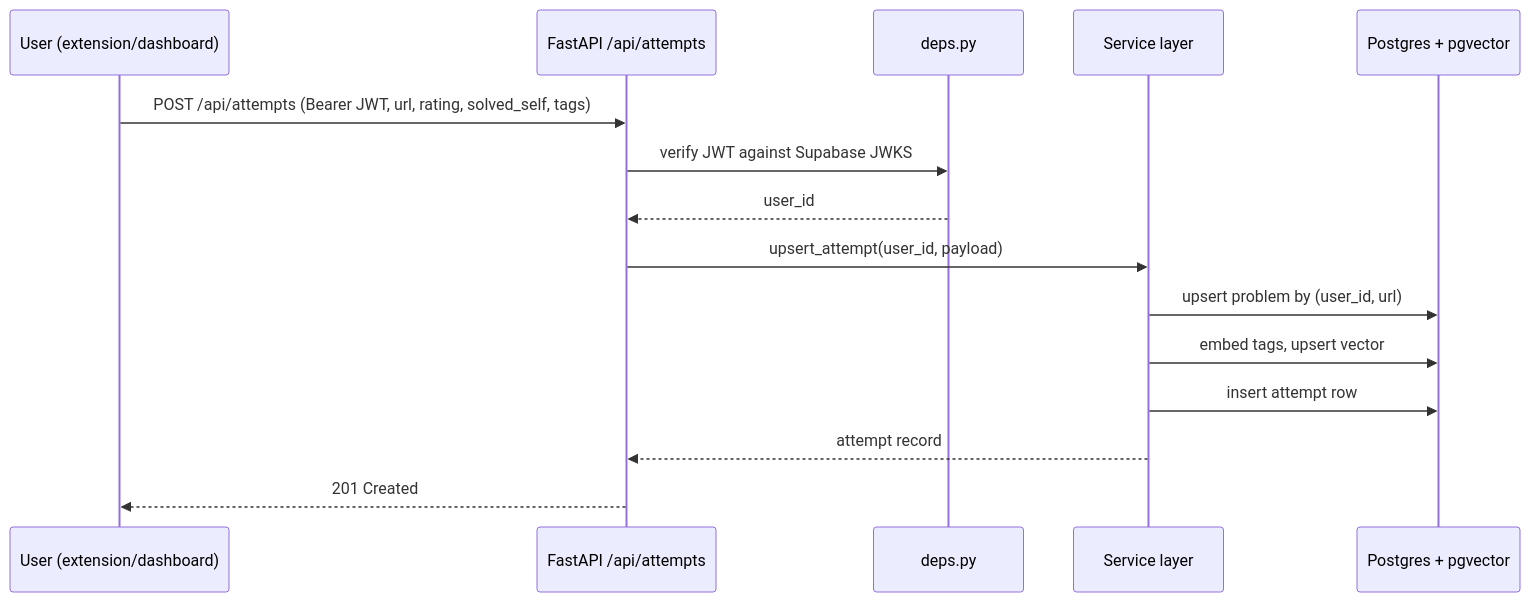
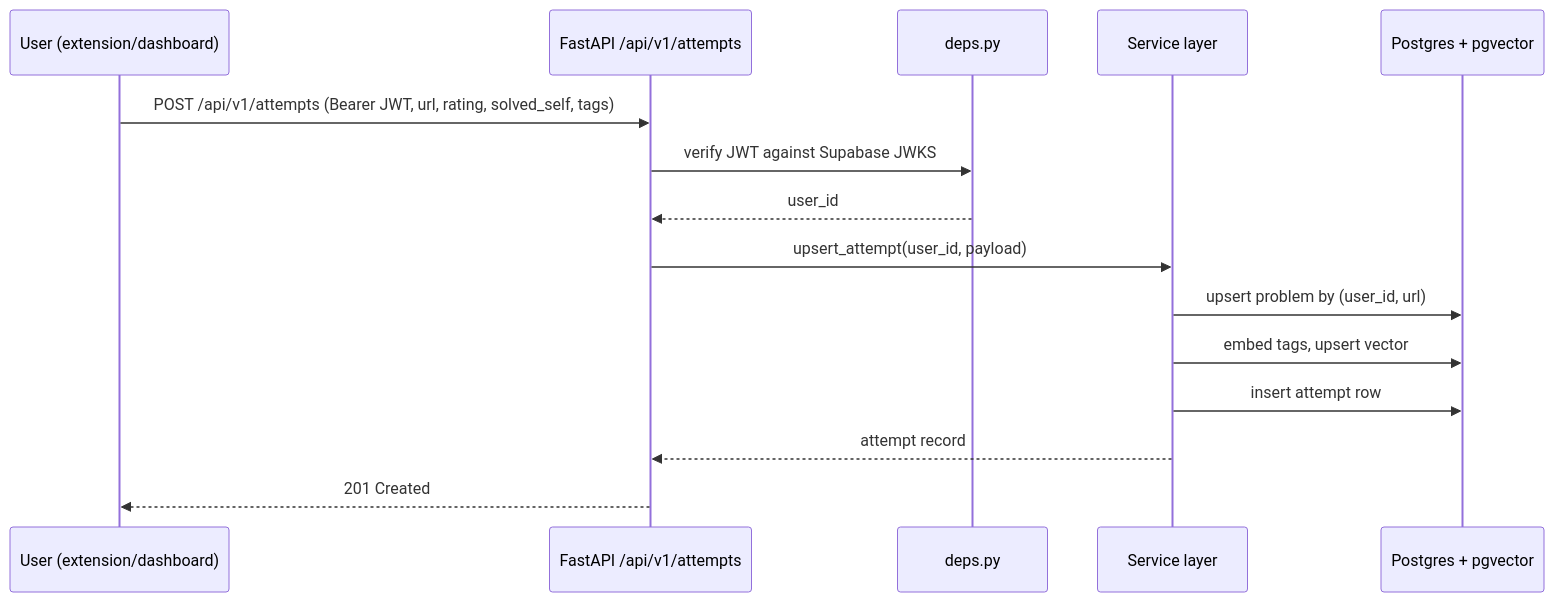
One commit to trimoyee-g/AlgoLog changed the third of 5 diagrams in docs/architecture.md. Above: the diagram before and after it, drawn with Mermaid. The commit also changed other lines of this file and 20 other files, not shown here.

````diff
--- a/docs/architecture.md
+++ b/docs/architecture.md
@@ -96,18 +96,18 @@
 ```mermaid
 sequenceDiagram
     participant U as User (extension/dashboard)
-    participant API as FastAPI /api/attempts
+    participant API as FastAPI /api/v1/attempts
     participant Auth as deps.py
     participant Svc as Service layer
     participant DB as Postgres + pgvector
 
-    U->>API: POST /api/attempts (Bearer JWT, url, rating, solved_self, tags)
+    U->>API: POST /api/v1/attempts (Bearer JWT, url, rating, solved_self, tags)
     API->>Auth: verify JWT against Supabase JWKS
     Auth-->>API: user_id
     API->>Svc: upsert_attempt(user_id, payload)
     Svc->>DB: upsert problem by (user_id, url)
     Svc->>DB: embed tags, upsert vector
     Svc->>DB: insert attempt row
     Svc-->>API: attempt record
     API-->>U: 201 Created
 ```
````
